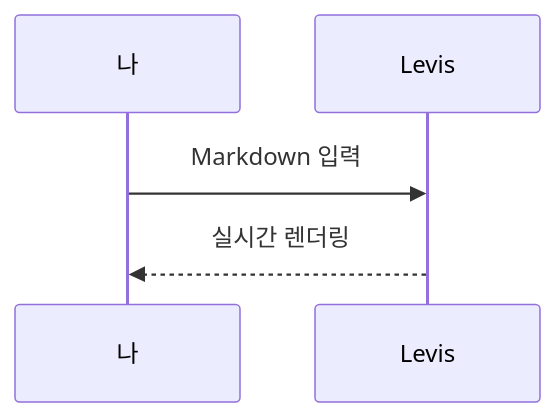
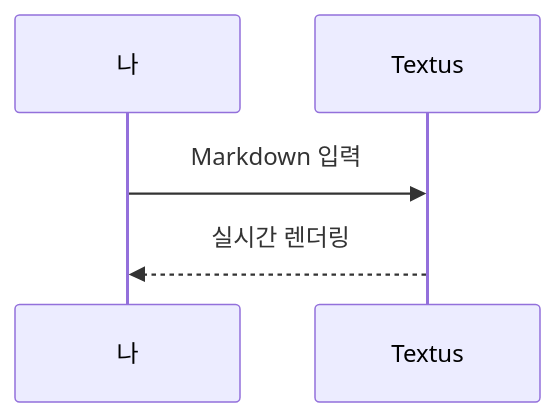
Before and after one commit to CatVinci-Studio/Levis: the third of 3 diagrams in src/help/markdown-guide.ko.md, drawn with Mermaid. The commit also changed other lines of this file and 219 other files, not shown here.

````diff
--- a/src/help/markdown-guide.ko.md
+++ b/src/help/markdown-guide.ko.md
@@ -113,7 +113,7 @@
 ```mermaid
 sequenceDiagram
     participant 나
-    participant Levis
-    나->>Levis: Markdown 입력
-    Levis-->>나: 실시간 렌더링
+    participant Textus
+    나->>Textus: Markdown 입력
+    Textus-->>나: 실시간 렌더링
 ```
````
